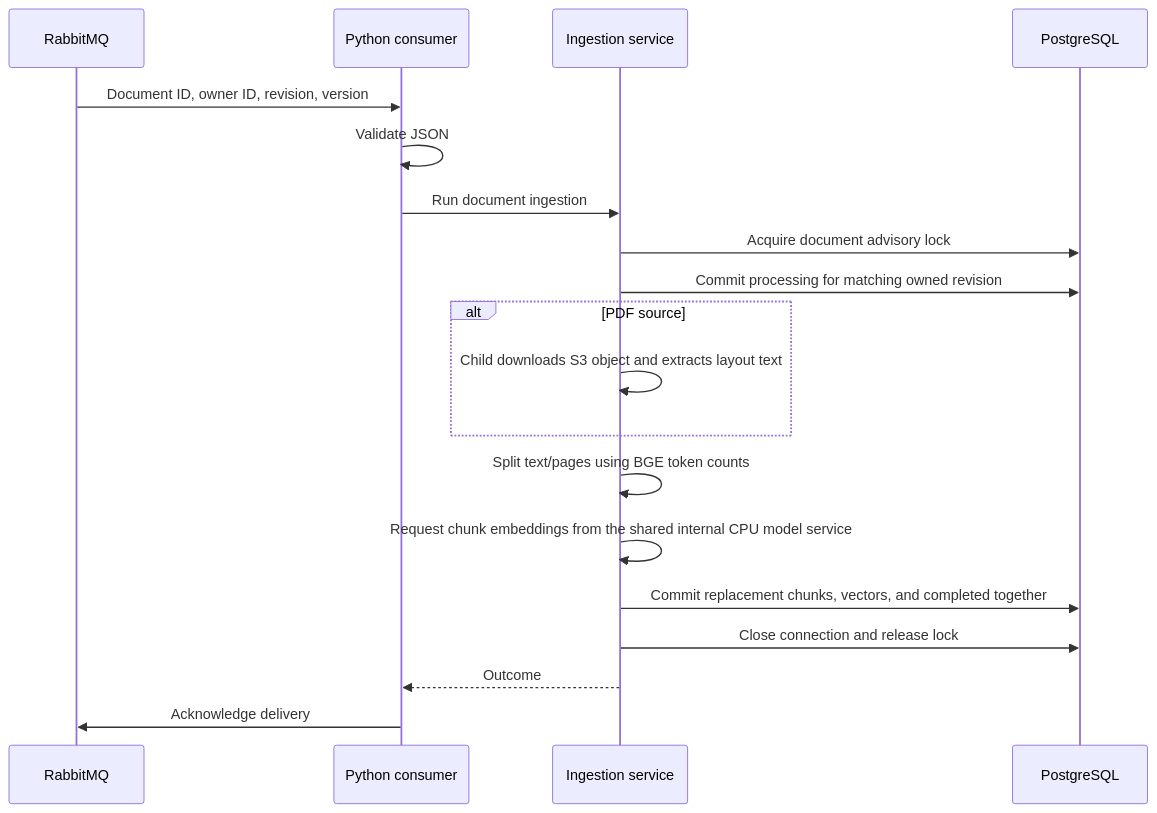
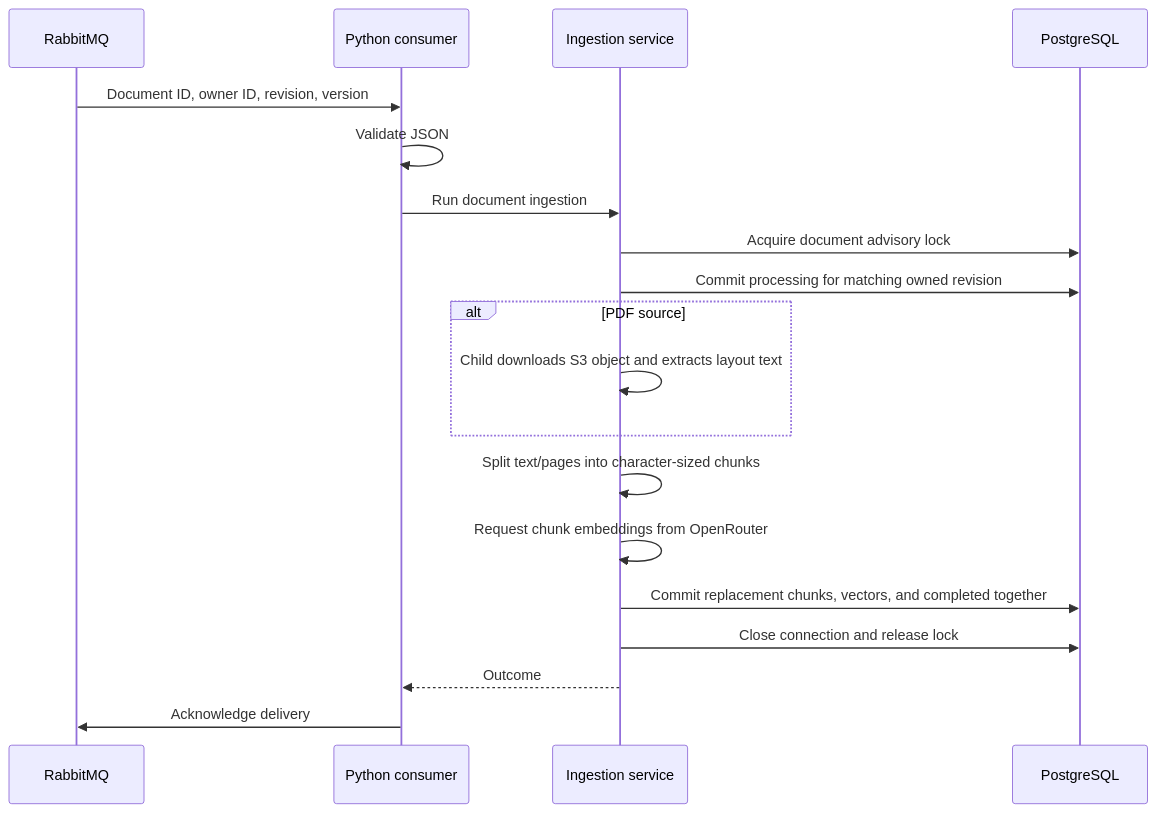
One commit to filipe-mendes-dev/ragnarok changed the first of 2 diagrams in docs/architecture.md. Above: the diagram before and after it, drawn with Mermaid. The commit also changed other lines of this file and 6 other files, not shown here.

Commit message:
feat: update documentation and architecture to reflect integration of OpenRouter for embeddings, including changes to ingestion and retrieval processes

````diff
--- a/docs/architecture.md
+++ b/docs/architecture.md
@@ -419,21 +420,21 @@
 ```mermaid
 sequenceDiagram
     participant Q as RabbitMQ
     participant W as Python consumer
     participant S as Ingestion service
     participant DB as PostgreSQL
     Q->>W: Document ID, owner ID, revision, version
     W->>W: Validate JSON
     W->>S: Run document ingestion
     S->>DB: Acquire document advisory lock
     S->>DB: Commit processing for matching owned revision
     alt PDF source
         S->>S: Child downloads S3 object and extracts layout text
     end
-    S->>S: Split text/pages using BGE token counts
-    S->>S: Request chunk embeddings from the shared internal CPU model service
+    S->>S: Split text/pages into character-sized chunks
+    S->>S: Request chunk embeddings from OpenRouter
     S->>DB: Commit replacement chunks, vectors, and completed together
     S->>DB: Close connection and release lock
     S-->>W: Outcome
     W->>Q: Acknowledge delivery
 ```
````
